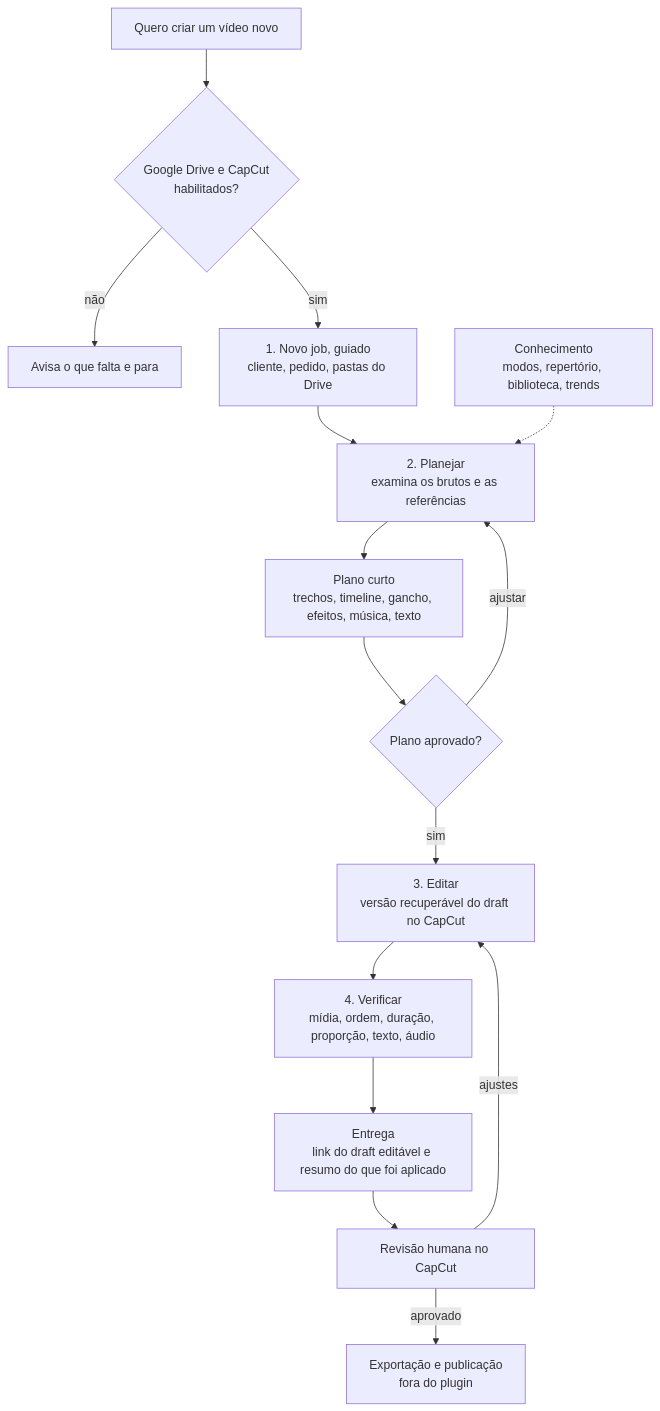
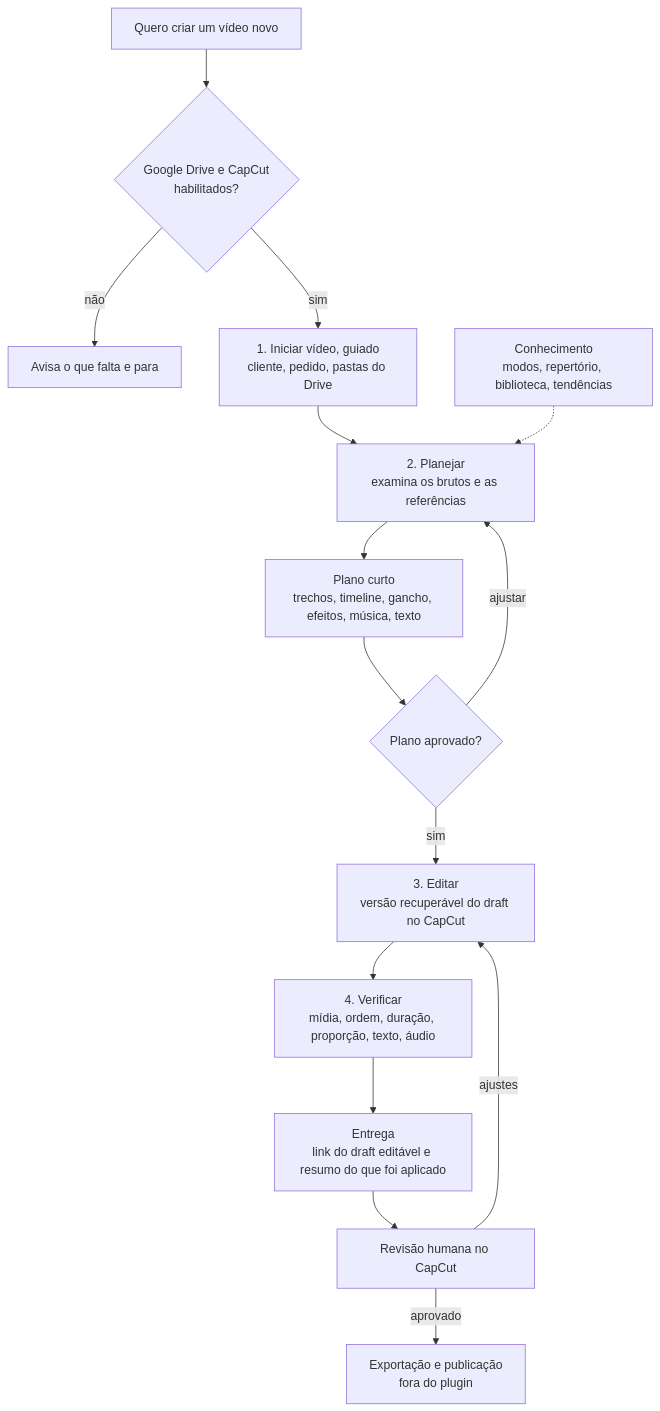
The first of 2 diagrams in README.md (arethos-com-br/soma-digital-plugin), drawn with Mermaid before and after one commit. The commit also changed other lines of this file and 12 other files, not shown here.

````diff
--- a/README.md
+++ b/README.md
@@ -9,17 +9,17 @@
 ```mermaid
 flowchart TD
     P["Quero criar um vídeo novo"] --> V{"Google Drive e CapCut<br/>habilitados?"}
     V -- "não" --> X["Avisa o que falta e para"]
-    V -- "sim" --> E["1. Novo job, guiado<br/>cliente, pedido, pastas do Drive"]
+    V -- "sim" --> E["1. Iniciar vídeo, guiado<br/>cliente, pedido, pastas do Drive"]
     E --> PL["2. Planejar<br/>examina os brutos e as referências"]
-    K["Conhecimento<br/>modos, repertório, biblioteca, trends"] -.-> PL
+    K["Conhecimento<br/>modos, repertório, biblioteca, tendências"] -.-> PL
     PL --> PLANO["Plano curto<br/>trechos, timeline, gancho, efeitos, música, texto"]
     PLANO --> AP{"Plano aprovado?"}
     AP -- "ajustar" --> PL
     AP -- "sim" --> ED["3. Editar<br/>versão recuperável do draft no CapCut"]
     ED --> VF["4. Verificar<br/>mídia, ordem, duração, proporção, texto, áudio"]
     VF --> EN["Entrega<br/>link do draft editável e resumo do que foi aplicado"]
     EN --> RH["Revisão humana no CapCut"]
     RH -- "ajustes" --> ED
     RH -- "aprovado" --> FIM["Exportação e publicação<br/>fora do plugin"]
 ```
````
